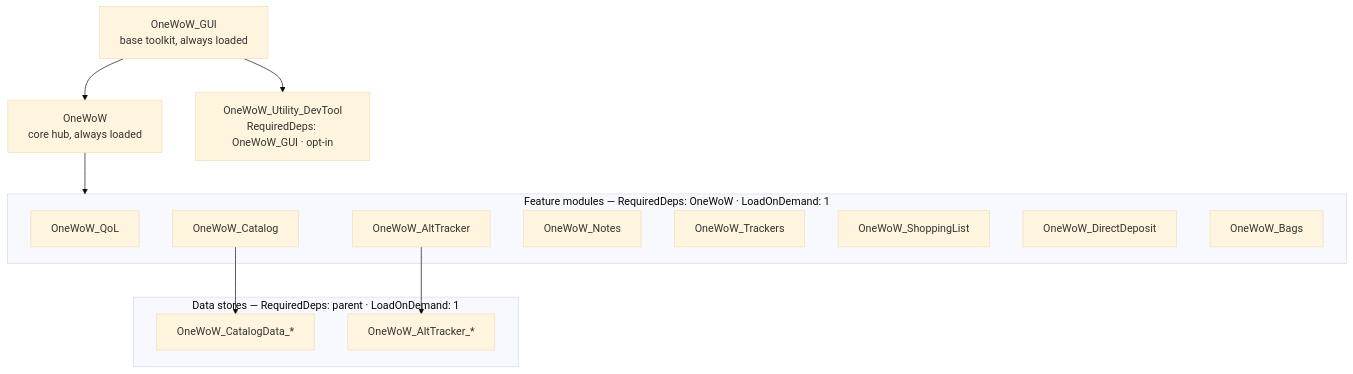
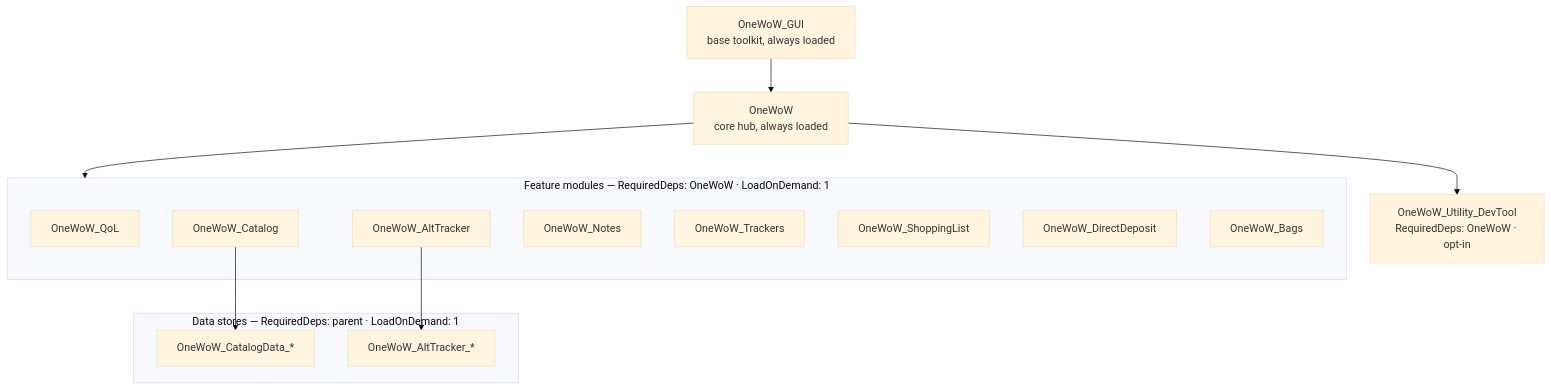
One commit to MichinMigugin/OneWoW_Suite changed the first of 2 diagrams in OneWoW_Architecture.md. Above: the diagram before and after it, drawn with Mermaid (base theme). The commit also changed other lines of this file, not shown here.

Commit message:
Uodated overall architecture doc.

````diff
--- a/OneWoW_Architecture.md
+++ b/OneWoW_Architecture.md
@@ -25,28 +25,28 @@
 ```mermaid
 flowchart TB
     GUI[OneWoW_GUI<br/>base toolkit, always loaded]
     OW[OneWoW<br/>core hub, always loaded]
     GUI --> OW
 
     subgraph Modules [Feature modules — RequiredDeps: OneWoW · LoadOnDemand: 1]
         QoL[OneWoW_QoL]
         Catalog[OneWoW_Catalog]
         AltTracker[OneWoW_AltTracker]
         Notes[OneWoW_Notes]
         Trackers[OneWoW_Trackers]
         ShoppingList[OneWoW_ShoppingList]
         DirectDeposit[OneWoW_DirectDeposit]
         Bags[OneWoW_Bags]
     end
     OW --> Modules
 
     subgraph Stores [Data stores — RequiredDeps: parent · LoadOnDemand: 1]
         CatalogData[OneWoW_CatalogData_*]
         AltData[OneWoW_AltTracker_*]
     end
     Catalog --> CatalogData
     AltTracker --> AltData
 
-    DevTool[OneWoW_Utility_DevTool<br/>RequiredDeps: OneWoW_GUI · opt-in]
-    GUI --> DevTool
+    DevTool[OneWoW_Utility_DevTool<br/>RequiredDeps: OneWoW · opt-in]
+    OW --> DevTool
 ```
````
